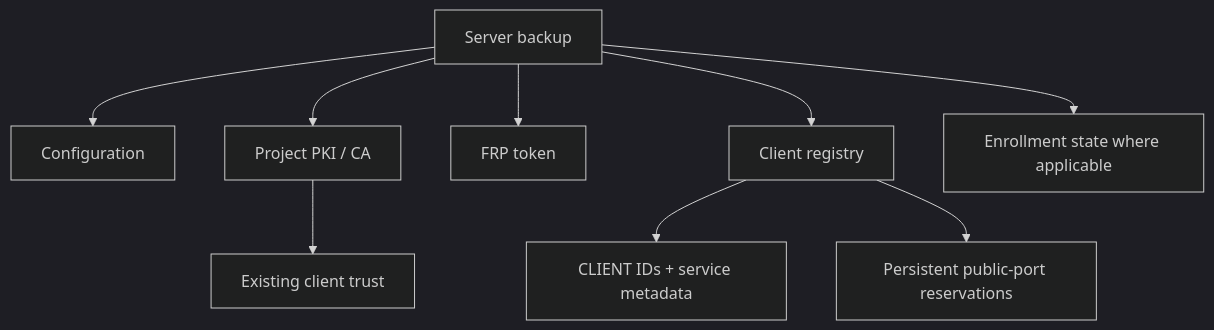
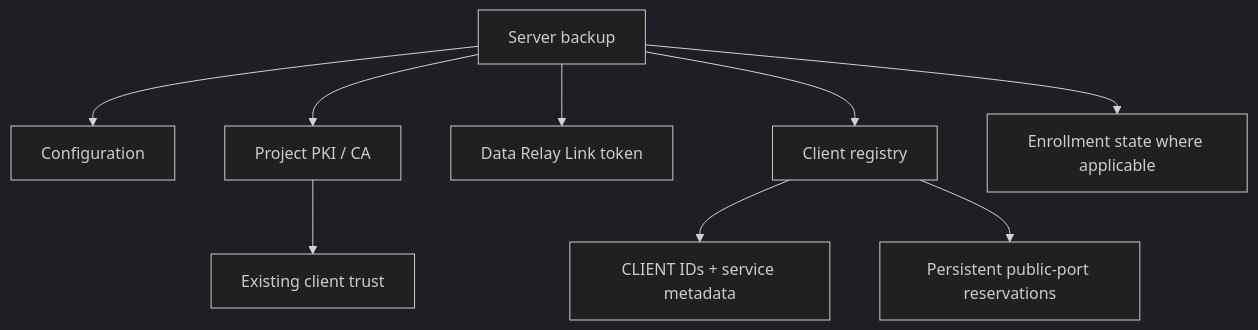
Before and after one commit to datarelay-labs/data-relay-link-docs: the first of 3 diagrams in operations/backup-restore.mdx, drawn with Mermaid (dark theme). The commit also changed other lines of this file and 36 other files, not shown here.

````diff
--- a/operations/backup-restore.mdx
+++ b/operations/backup-restore.mdx
@@ -12,13 +12,13 @@
 ```mermaid
 flowchart TB
     B[Server backup]
     B --> C[Configuration]
     B --> P[Project PKI / CA]
-    B --> T[FRP token]
+    B --> T[Data Relay Link token]
     B --> R[Client registry]
     B --> E[Enrollment state where applicable]
 
     P --> X[Existing client trust]
     R --> Y[CLIENT IDs + service metadata]
     R --> Z[Persistent public-port reservations]
 ```
````
